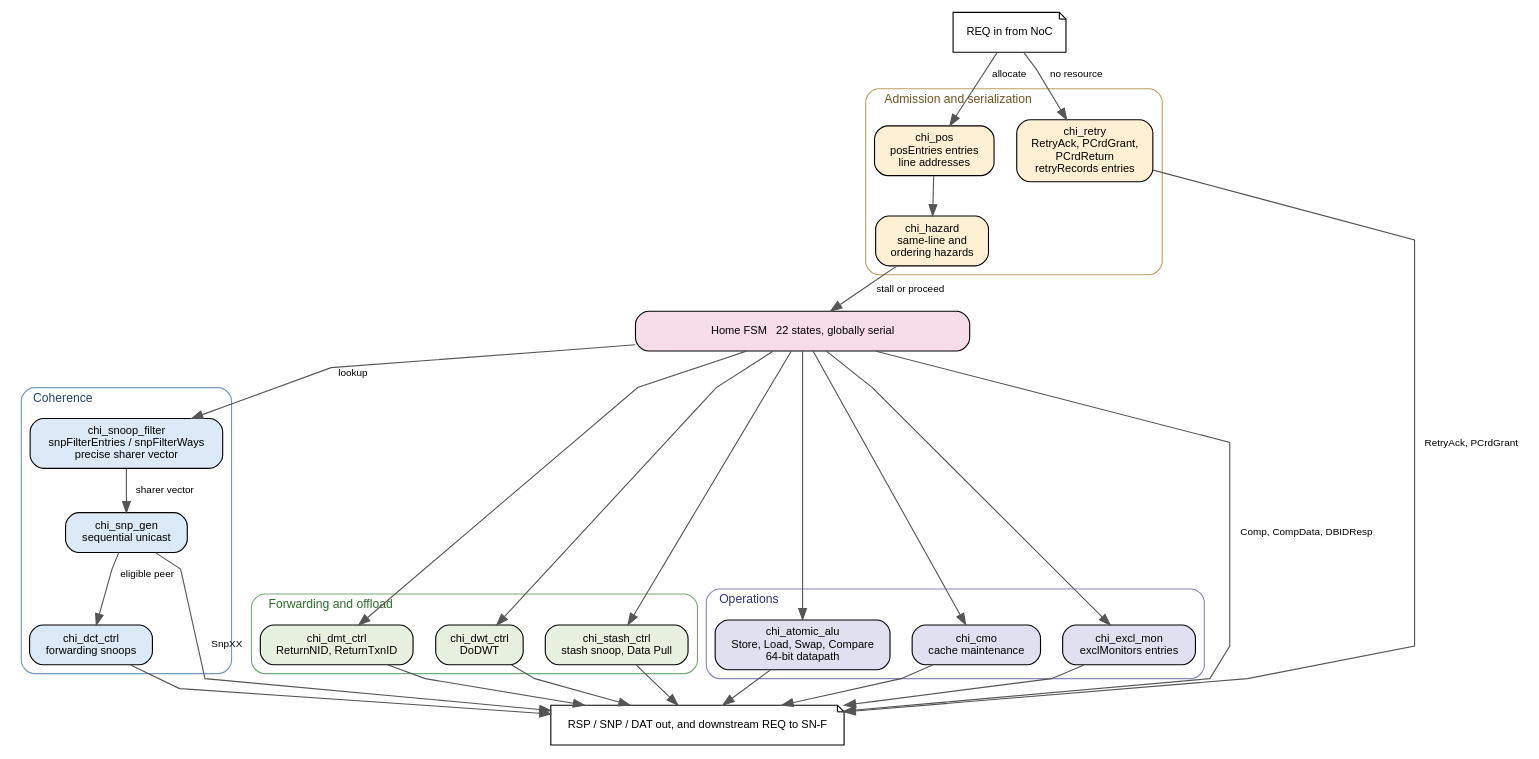
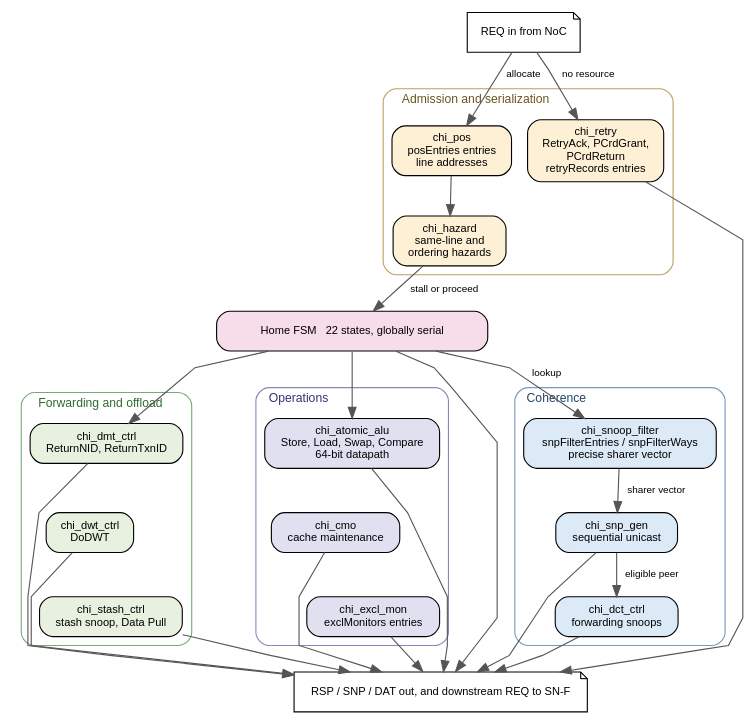
Before and after one commit to Swasthikkamath/chi_rtl: the diagram in doc-src/figures/chi_hnf.dot, drawn with Graphviz. The commit also changed 2 other files, not shown here.

Commit message:
docs: lay the Home Node figure out squarer so it is legible on the page
The diagram was twice as wide as it was tall, so fitting it to the text
column shrank the block labels to about four points. Chaining each engine
group into a column instead of spreading it across a rank, and dropping the
edge labels that the surrounding prose already states, brings it to roughly
square and the labels to about seven points.

```diff
--- a/doc-src/figures/chi_hnf.dot
+++ b/doc-src/figures/chi_hnf.dot
@@ -1,74 +1,78 @@
 // Internal architecture of the coherent Home Node, chi_hnf_top.
 // Rendered by the doc target; see Makefile.
 //
 // Laid out top to bottom so the figure fits a portrait page: a request is
 // admitted or retried, serialized against the POS, driven by one globally
 // serial FSM, and dispatched to whichever engine the opcode selects.
 digraph chiHnf {
   rankdir=TB;
   splines=polyline;
-  nodesep=0.28;
+  nodesep=0.2;
   ranksep=0.42;
   bgcolor="white";
   node [shape=box, style="rounded,filled", fillcolor="#f5f5f5",
         fontname="Helvetica", fontsize=10, margin="0.14,0.08"];
   edge [fontname="Helvetica", fontsize=9, color="#555555"];
   graph [fontname="Helvetica", fontsize=11, labeljust="l"];
 
   req [label="REQ in from NoC", shape=note, fillcolor="#ffffff"];
 
   subgraph cluster_admit {
     label="Admission and serialization";
     style="rounded"; color="#bba060"; fontcolor="#6b5520";
     retry  [label="chi_retry\nRetryAck, PCrdGrant,\nPCrdReturn\nretryRecords entries", fillcolor="#fdf0d5"];
     pos    [label="chi_pos\nposEntries entries\nline addresses", fillcolor="#fdf0d5"];
     hazard [label="chi_hazard\nsame-line and\nordering hazards", fillcolor="#fdf0d5"];
   }
 
-  fsm [label="Home FSM   22 states, globally serial", fillcolor="#f7dce9", width=4.2];
+  fsm [label="Home FSM   22 states, globally serial", fillcolor="#f7dce9", width=3.4];
 
-  subgraph cluster_coh {
-    label="Coherence";
-    style="rounded"; color="#7799bb"; fontcolor="#224466";
-    sf     [label="chi_snoop_filter\nsnpFilterEntries / snpFilterWays\nprecise sharer vector", fillcolor="#dce9f7"];
-    snpgen [label="chi_snp_gen\nsequential unicast", fillcolor="#dce9f7"];
-    dct    [label="chi_dct_ctrl\nforwarding snoops", fillcolor="#dce9f7"];
+  subgraph cluster_ops {
+    label="Operations";
+    style="rounded"; color="#8888bb"; fontcolor="#333377";
+    alu  [label="chi_atomic_alu\nStore, Load, Swap, Compare\n64-bit datapath", fillcolor="#e0e0f0"];
+    cmo  [label="chi_cmo\ncache maintenance", fillcolor="#e0e0f0"];
+    excl [label="chi_excl_mon\nexclMonitors entries", fillcolor="#e0e0f0"];
   }
 
   subgraph cluster_fwd {
     label="Forwarding and offload";
     style="rounded"; color="#77aa77"; fontcolor="#2f6b2f";
     dmt   [label="chi_dmt_ctrl\nReturnNID, ReturnTxnID", fillcolor="#e8f0e0"];
     dwt   [label="chi_dwt_ctrl\nDoDWT", fillcolor="#e8f0e0"];
     stash [label="chi_stash_ctrl\nstash snoop, Data Pull", fillcolor="#e8f0e0"];
   }
 
-  subgraph cluster_ops {
-    label="Operations";
-    style="rounded"; color="#8888bb"; fontcolor="#333377";
-    alu  [label="chi_atomic_alu\nStore, Load, Swap, Compare\n64-bit datapath", fillcolor="#e0e0f0"];
-    cmo  [label="chi_cmo\ncache maintenance", fillcolor="#e0e0f0"];
-    excl [label="chi_excl_mon\nexclMonitors entries", fillcolor="#e0e0f0"];
+  subgraph cluster_coh {
+    label="Coherence";
+    style="rounded"; color="#7799bb"; fontcolor="#224466";
+    sf     [label="chi_snoop_filter\nsnpFilterEntries / snpFilterWays\nprecise sharer vector", fillcolor="#dce9f7"];
+    snpgen [label="chi_snp_gen\nsequential unicast", fillcolor="#dce9f7"];
+    dct    [label="chi_dct_ctrl\nforwarding snoops", fillcolor="#dce9f7"];
   }
 
   out [label="RSP / SNP / DAT out, and downstream REQ to SN-F",
     shape=note, fillcolor="#ffffff"];
 
   req -> pos   [label="  allocate"];
   req -> retry [label="  no resource"];
   pos -> hazard;
   hazard -> fsm [label="  stall or proceed"];
 
   fsm -> sf [label="  lookup"];
   sf -> snpgen [label="  sharer vector"];
   snpgen -> dct [label="  eligible peer"];
 
-  fsm -> dmt; fsm -> dwt; fsm -> stash;
-  fsm -> alu; fsm -> cmo; fsm -> excl;
+  // Each engine group is chained into a column rather than spread across a
+  // rank, so the figure stays narrow enough to be legible on a portrait page.
+  fsm -> dmt; dmt -> dwt [style=invis]; dwt -> stash [style=invis];
+  fsm -> alu; alu -> cmo [style=invis]; cmo -> excl [style=invis];
+  fsm -> dwt [style=invis]; fsm -> stash [style=invis];
+  fsm -> cmo [style=invis]; fsm -> excl [style=invis];
 
-  snpgen -> out [label="  SnpXX"];
+  snpgen -> out;
   dct -> out; dmt -> out; dwt -> out; stash -> out;
   alu -> out; cmo -> out; excl -> out;
-  fsm -> out [label="  Comp, CompData, DBIDResp"];
-  retry -> out [label="  RetryAck, PCrdGrant"];
+  fsm -> out;
+  retry -> out;
 }
```
